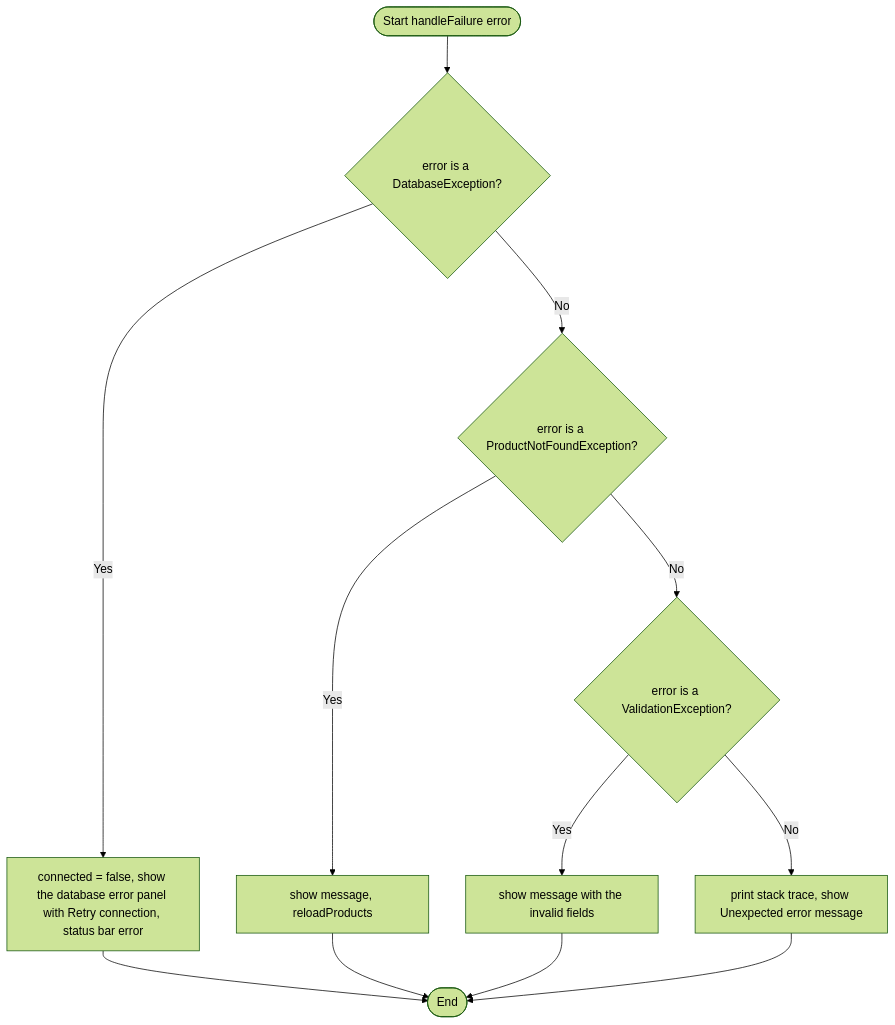
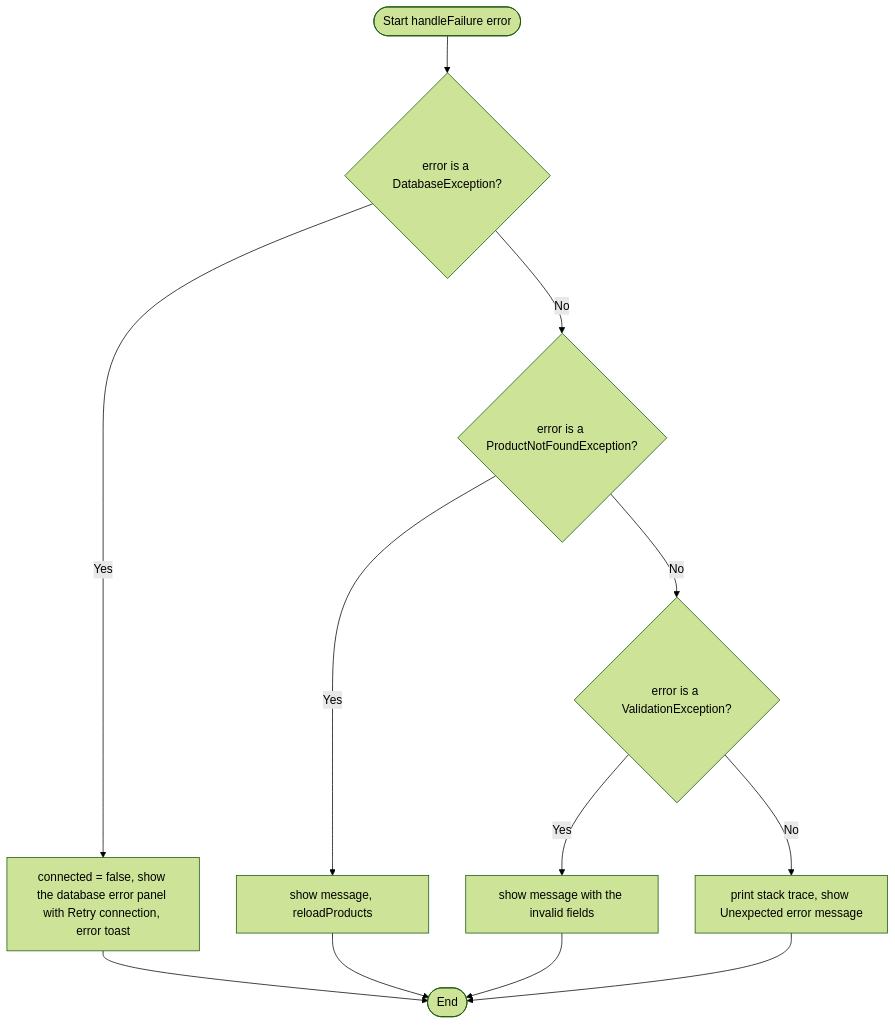
Before and after one commit to sfarshadchoudhury-dot/NC1605-Marketplace: diagram 28 of 29 in components/products/docs/04-diagrams.md, drawn with Mermaid (forest theme). The commit also changed other lines of this file, not shown here.

Commit message:
Update diagram labels for the new delete dialog and toast

````diff
--- a/components/products/docs/04-diagrams.md
+++ b/components/products/docs/04-diagrams.md
@@ -765,14 +763,14 @@
 ```mermaid
 flowchart TD
     A([Start handleFailure error]) --> B{"error is a DatabaseException?"}
-    B -- Yes --> C["connected = false, show the database error panel with Retry connection, status bar error"]
+    B -- Yes --> C["connected = false, show the database error panel with Retry connection, error toast"]
     B -- No --> D{"error is a ProductNotFoundException?"}
     D -- Yes --> E["show message, reloadProducts"]
     D -- No --> F{"error is a ValidationException?"}
     F -- Yes --> G["show message with the invalid fields"]
     F -- No --> H["print stack trace, show Unexpected error message"]
     C --> Z([End])
     E --> Z
     G --> Z
     H --> Z
 ```
````
